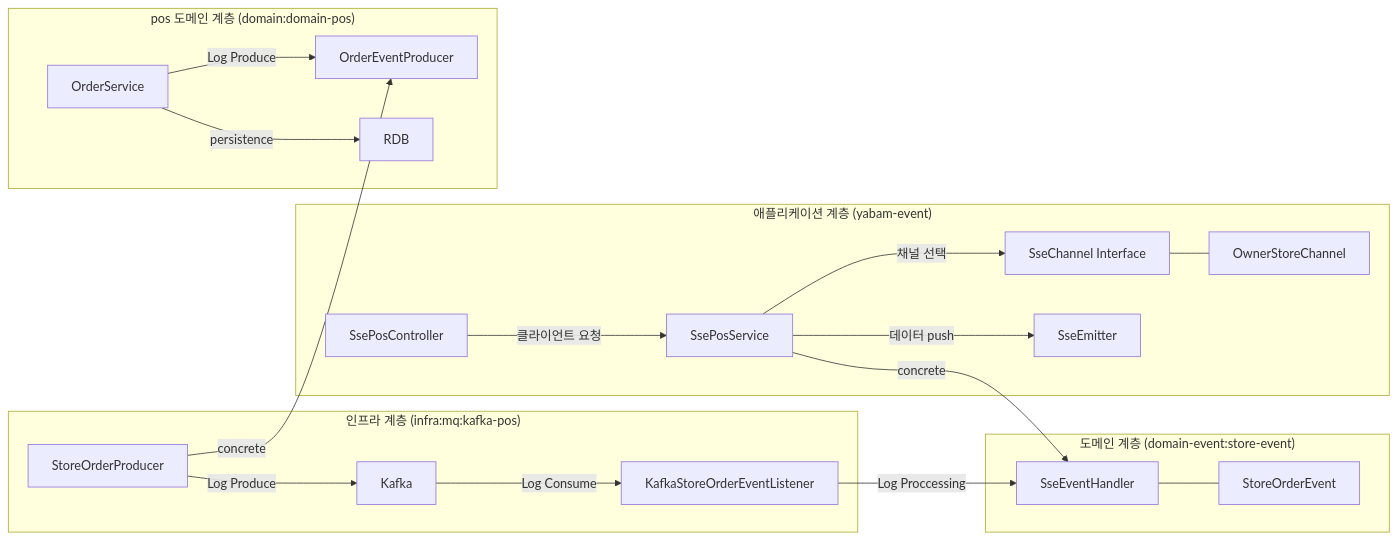
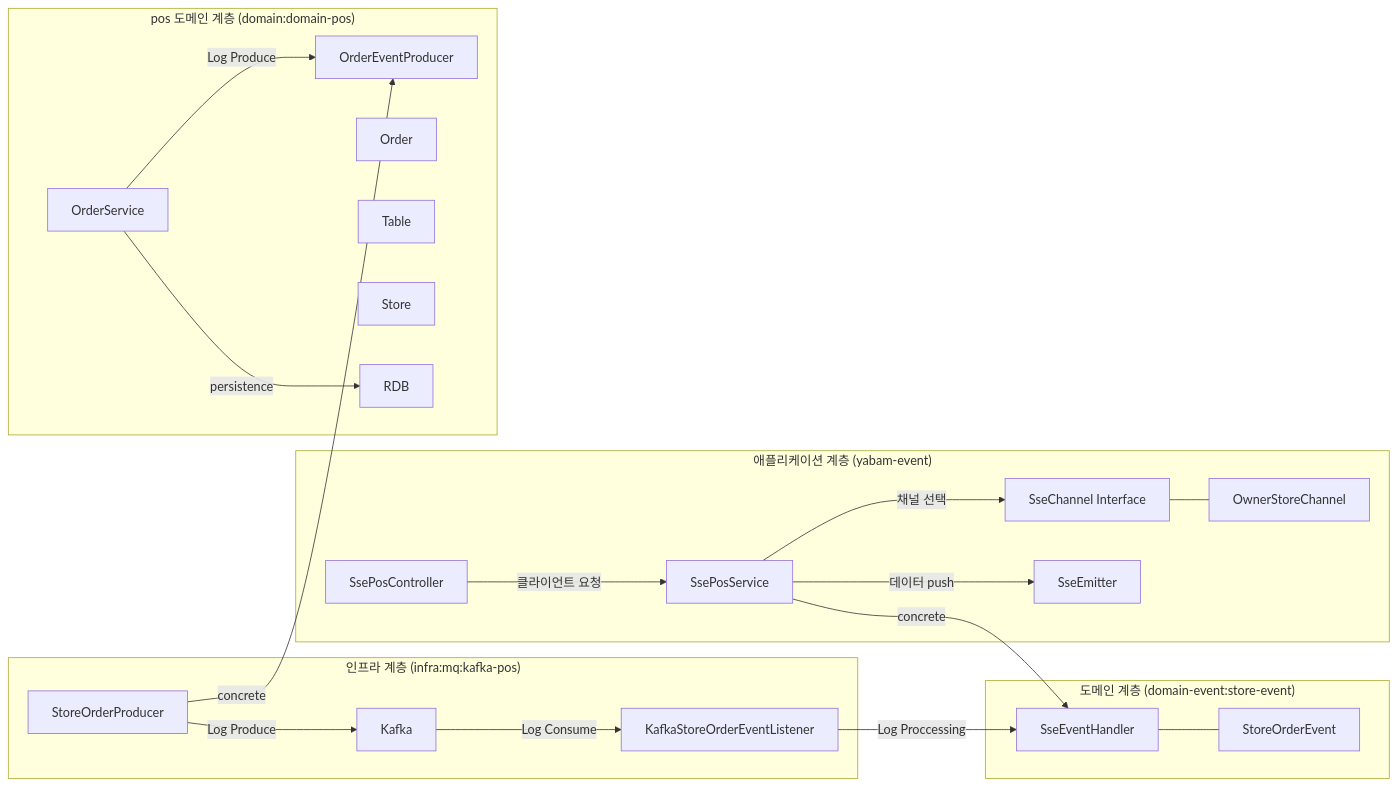
The fourth of 4 diagrams in application/yabam/yabam-event/README.md (Kumoh-talk/YABAM-Festival-Backend), drawn with Mermaid before and after one commit. The commit also changed 9 other files, not shown here.

Commit message:
feat: storeOrderEvent 발행 파이프라인 구현 및 리팩터링 및 문서화

````diff
--- a/application/yabam/yabam-event/README.md
+++ b/application/yabam/yabam-event/README.md
@@ -111,47 +111,50 @@
 ```mermaid
 graph LR
 
 %% 도메인 계층을 중앙에 배치
     subgraph "도메인 계층 (domain-event:store-event)"
         A[StoreOrderEvent]
         E[SseEventHandler]
         E --- A
     end
 
 %% 인프라 계층을 위쪽에 배치
     subgraph "인프라 계층 (infra:mq:kafka-pos)"
         F[KafkaStoreOrderEventListener]
         G[Kafka]
         D[StoreOrderProducer]
     end
 
 %% 애플리케이션 계층을 아래쪽에 배치
     subgraph "애플리케이션 계층 (yabam-event)"
         H[SsePosController]
         I[SsePosService]
         J[SseChannel Interface]
         K[OwnerStoreChannel]
         P[SseEmitter]
         J --- K
     end
 
-%% Yabam Core 애플리케이션 계층 추가
+%% domain-pos 계층
     subgraph "pos 도메인  계층 (domain:domain-pos)"
         C[OrderEventProducer]
         L[OrderService]
+        order[Order]
+        table[Table]
+        store[Store]
         RDB[RDB]
     end
 
     L -->|persistence| RDB
     L -->|Log Produce| C
 %% 연결 관계 설정
     D -->|Log Produce| G
     G -->|Log Consume| F
     F -->|Log Proccessing| E
     I -->|채널 선택| J
     H -->|클라이언트 요청| I
     I -->|데이터 push| P
     I -->|concrete| E
 %% Yabam Core에서 이벤트 생성 관계 추가
     D -->|concrete| C
 ```
````
